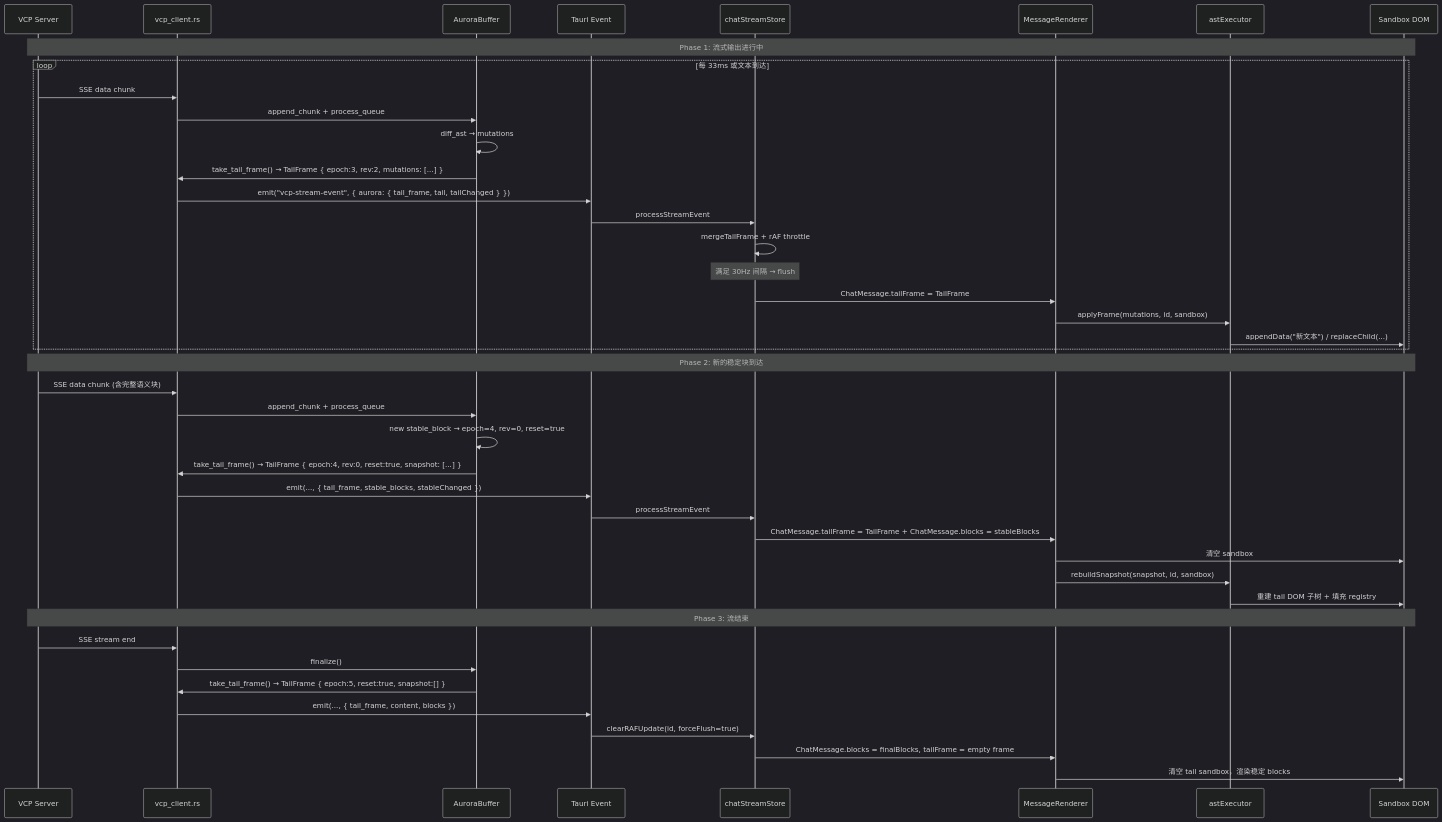
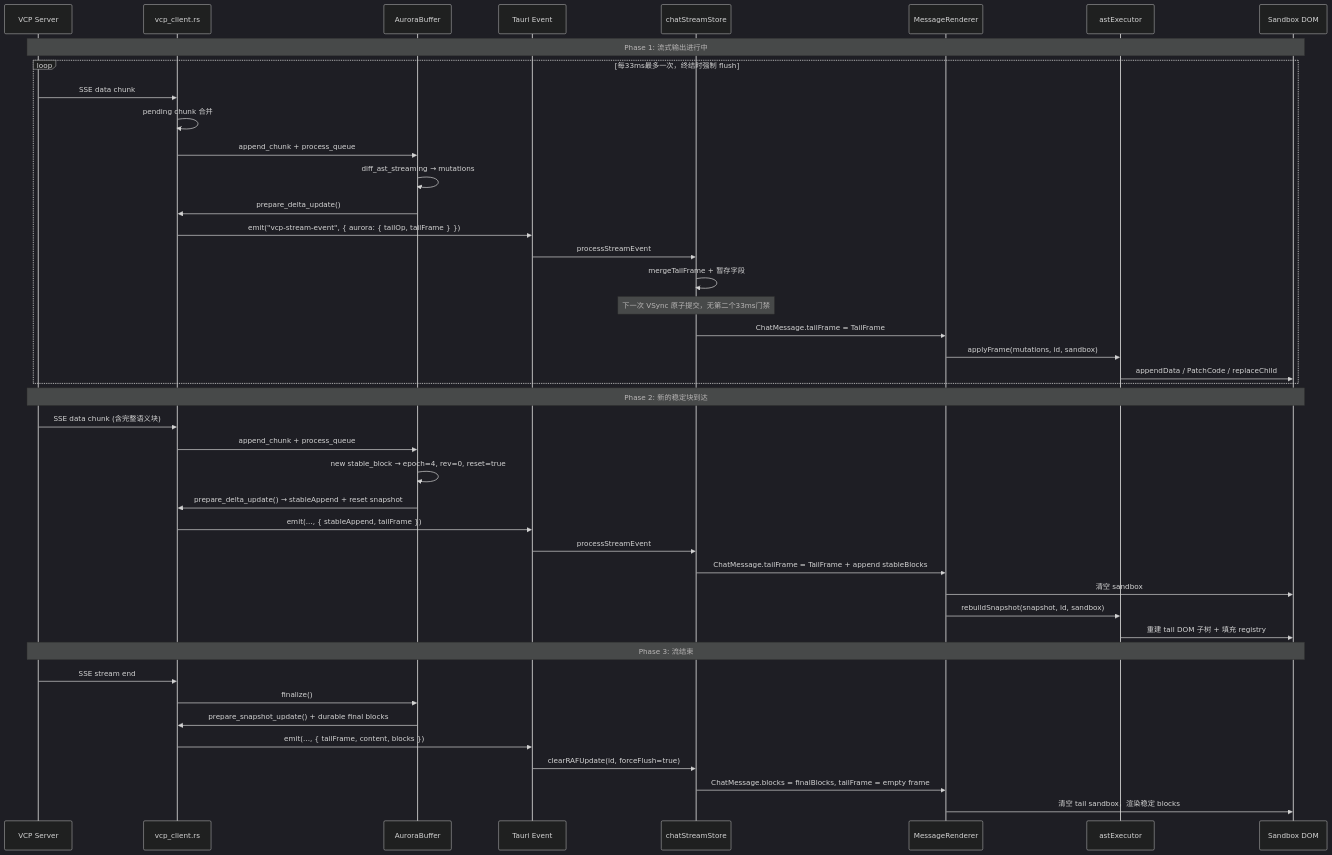
One commit to MRiecy/VCPMobile changed the third of 3 diagrams in docs/modules/ast-diff/03_AstMutation指令集与稀疏IPC协议.md. Above: the diagram before and after it, drawn with Mermaid (dark theme). The commit also changed other lines of this file and 12 other files, not shown here.

````diff
--- a/docs/modules/ast-diff/03_AstMutation指令集与稀疏IPC协议.md
+++ b/docs/modules/ast-diff/03_AstMutation指令集与稀疏IPC协议.md
@@ -408,50 +408,51 @@
 ```mermaid
 sequenceDiagram
     participant SSE as VCP Server
     participant VC as vcp_client.rs
     participant AB as AuroraBuffer
     participant IPC as Tauri Event
     participant CSS as chatStreamStore
     participant Vue as MessageRenderer
     participant AE as astExecutor
     participant DOM as Sandbox DOM
 
     Note over SSE,DOM: Phase 1: 流式输出进行中
 
-    loop 每 33ms 或文本到达
+    loop 每33ms最多一次，终结时强制 flush
         SSE->>VC: SSE data chunk
+        VC->>VC: pending chunk 合并
         VC->>AB: append_chunk + process_queue
-        AB->>AB: diff_ast → mutations
-        AB->>VC: take_tail_frame() → TailFrame { epoch:3, rev:2, mutations: [...] }
-        VC->>IPC: emit("vcp-stream-event", { aurora: { tail_frame, tail, tailChanged } })
+        AB->>AB: diff_ast_streaming → mutations
+        AB->>VC: prepare_delta_update()
+        VC->>IPC: emit("vcp-stream-event", { aurora: { tailOp, tailFrame } })
         IPC->>CSS: processStreamEvent
-        CSS->>CSS: mergeTailFrame + rAF throttle
-        Note over CSS: 满足 30Hz 间隔 → flush
+        CSS->>CSS: mergeTailFrame + 暂存字段
+        Note over CSS: 下一次 VSync 原子提交，无第二个33ms门禁
         CSS->>Vue: ChatMessage.tailFrame = TailFrame
         Vue->>AE: applyFrame(mutations, id, sandbox)
-        AE->>DOM: appendData("新文本") / replaceChild(...)
+        AE->>DOM: appendData / PatchCode / replaceChild
     end
 
     Note over SSE,DOM: Phase 2: 新的稳定块到达
 
     SSE->>VC: SSE data chunk (含完整语义块)
     VC->>AB: append_chunk + process_queue
     AB->>AB: new stable_block → epoch=4, rev=0, reset=true
-    AB->>VC: take_tail_frame() → TailFrame { epoch:4, rev:0, reset:true, snapshot: [...] }
-    VC->>IPC: emit(..., { tail_frame, stable_blocks, stableChanged })
+    AB->>VC: prepare_delta_update() → stableAppend + reset snapshot
+    VC->>IPC: emit(..., { stableAppend, tailFrame })
     IPC->>CSS: processStreamEvent
-    CSS->>Vue: ChatMessage.tailFrame = TailFrame + ChatMessage.blocks = stableBlocks
+    CSS->>Vue: ChatMessage.tailFrame = TailFrame + append stableBlocks
     Vue->>DOM: 清空 sandbox
     Vue->>AE: rebuildSnapshot(snapshot, id, sandbox)
     AE->>DOM: 重建 tail DOM 子树 + 填充 registry
 
     Note over SSE,DOM: Phase 3: 流结束
 
     SSE->>VC: SSE stream end
     VC->>AB: finalize()
-    AB->>VC: take_tail_frame() → TailFrame { epoch:5, reset:true, snapshot:[] }
-    VC->>IPC: emit(..., { tail_frame, content, blocks })
+    AB->>VC: prepare_snapshot_update() + durable final blocks
+    VC->>IPC: emit(..., { tailFrame, content, blocks })
     IPC->>CSS: clearRAFUpdate(id, forceFlush=true)
     CSS->>Vue: ChatMessage.blocks = finalBlocks, tailFrame = empty frame
     Vue->>DOM: 清空 tail sandbox，渲染稳定 blocks
 ```
````
